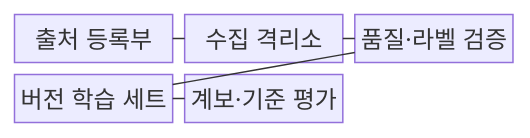
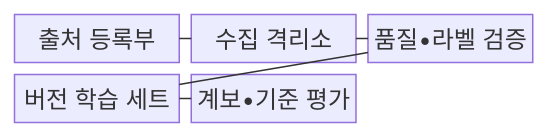
One commit to agnusdei1207/knowledge-base changed the first of 2 diagrams in src/content/docs/notes/05-security/084_data_poisoning.md. Above: the diagram before and after it, drawn with Mermaid. The commit also changed other lines of this file and 953 other files, not shown here.

````diff
--- a/src/content/docs/notes/05-security/084_data_poisoning.md
+++ b/src/content/docs/notes/05-security/084_data_poisoning.md
@@ -63,13 +63,13 @@
 ```mermaid
 block-beta
   columns 3
   A["출처 등록부"]
   B["수집 격리소"]
-  C["품질·라벨 검증"]
+  C["품질•라벨 검증"]
   D["버전 학습 세트"]
-  E["계보·기준 평가"]
+  E["계보•기준 평가"]
   A --- B
   B --- C
   C --- D
   D --- E
 ```
````
